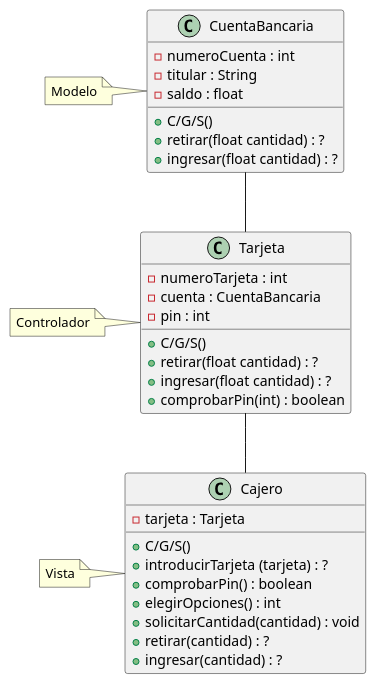
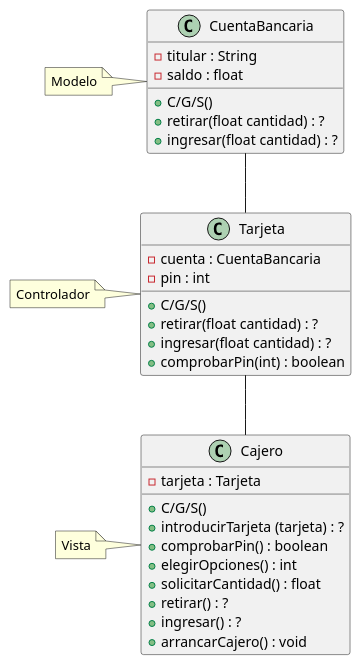
Before and after one commit to elprofesoremilio/DAM1_2425_Java: the diagram in out/production/DAM1_2425_Java/EjerciciosClase/CajeroAutomatico/Cajero.puml, drawn with PlantUML. The commit also changed 8 other files, not shown here.

```diff
--- a/out/production/DAM1_2425_Java/EjerciciosClase/CajeroAutomatico/Cajero.puml
+++ b/out/production/DAM1_2425_Java/EjerciciosClase/CajeroAutomatico/Cajero.puml
@@ -1,43 +1,42 @@
 @startuml
 
 class CuentaBancaria {
-    - numeroCuenta : int
     - titular : String
     - saldo : float
 
     + C/G/S()
     + retirar(float cantidad) : ?
     + ingresar(float cantidad) : ?
 }
 
 class Tarjeta {
-    - numeroTarjeta : int
     - cuenta : CuentaBancaria
     - pin : int
 
     + C/G/S()
     + retirar(float cantidad) : ?
     + ingresar(float cantidad) : ?
     + comprobarPin(int) : boolean
 }
 
 class Cajero {
     - tarjeta : Tarjeta
 
     + C/G/S()
     + introducirTarjeta (tarjeta) : ?
     + comprobarPin() : boolean
     + elegirOpciones() : int
-    + solicitarCantidad(cantidad) : void
-    + retirar(cantidad) : ?
-    + ingresar(cantidad) : ?
+    + solicitarCantidad() : float
+    + retirar() : ?
+    + ingresar() : ?
+    + arrancarCajero() : void
 }
 
 Tarjeta -- Cajero
 CuentaBancaria -- Tarjeta
 
 note left of CuentaBancaria : Modelo
 note left of Tarjeta : Controlador
 note left of Cajero : Vista
 
 @enduml
```
